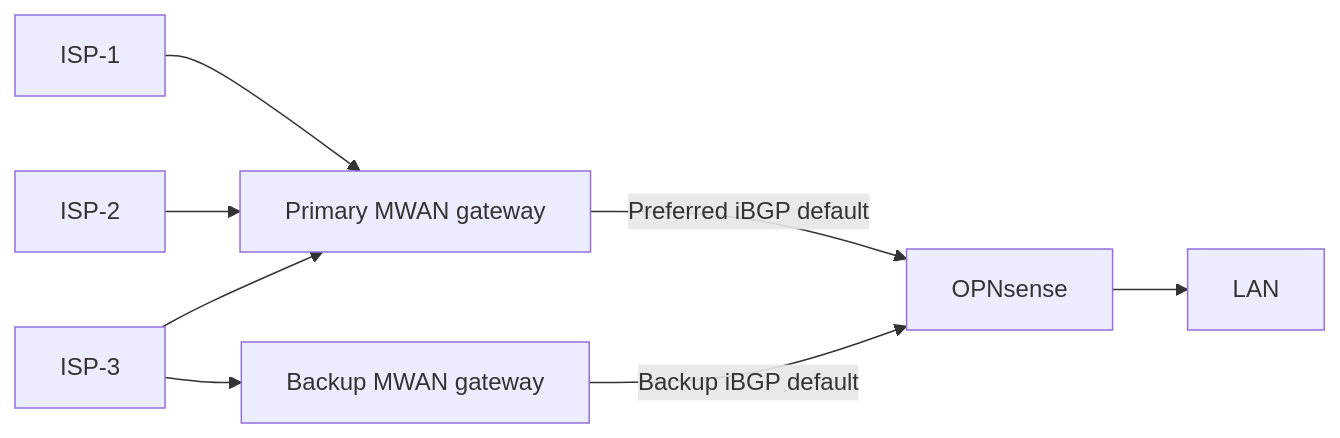
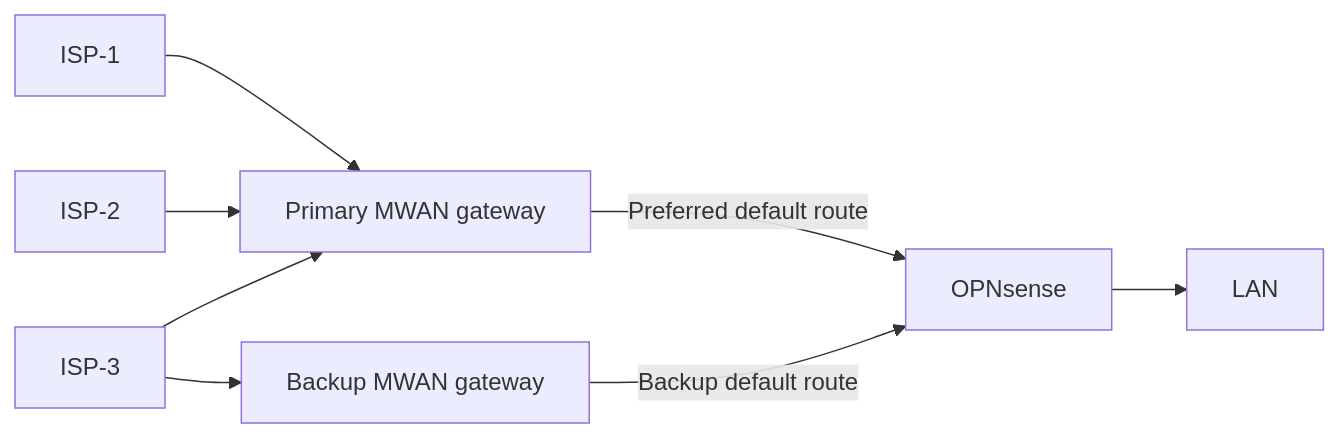
Before and after one commit to agoodkind/mwan: the first of 3 diagrams in docs/mwan.md, drawn with Mermaid. The commit also changed other lines of this file, not shown here.

````diff
--- a/docs/mwan.md
+++ b/docs/mwan.md
@@ -58,10 +47,10 @@
 ```mermaid
 flowchart LR
   isp1[ISP-1] --> primary[Primary MWAN gateway]
   isp2[ISP-2] --> primary
   isp3[ISP-3] --> primary
   isp3 --> fallback[Backup MWAN gateway]
-  primary -->|Preferred iBGP default| router[OPNsense]
-  fallback -->|Backup iBGP default| router
+  primary -->|Preferred default route| router[OPNsense]
+  fallback -->|Backup default route| router
   router --> lan[LAN]
 ```
````
